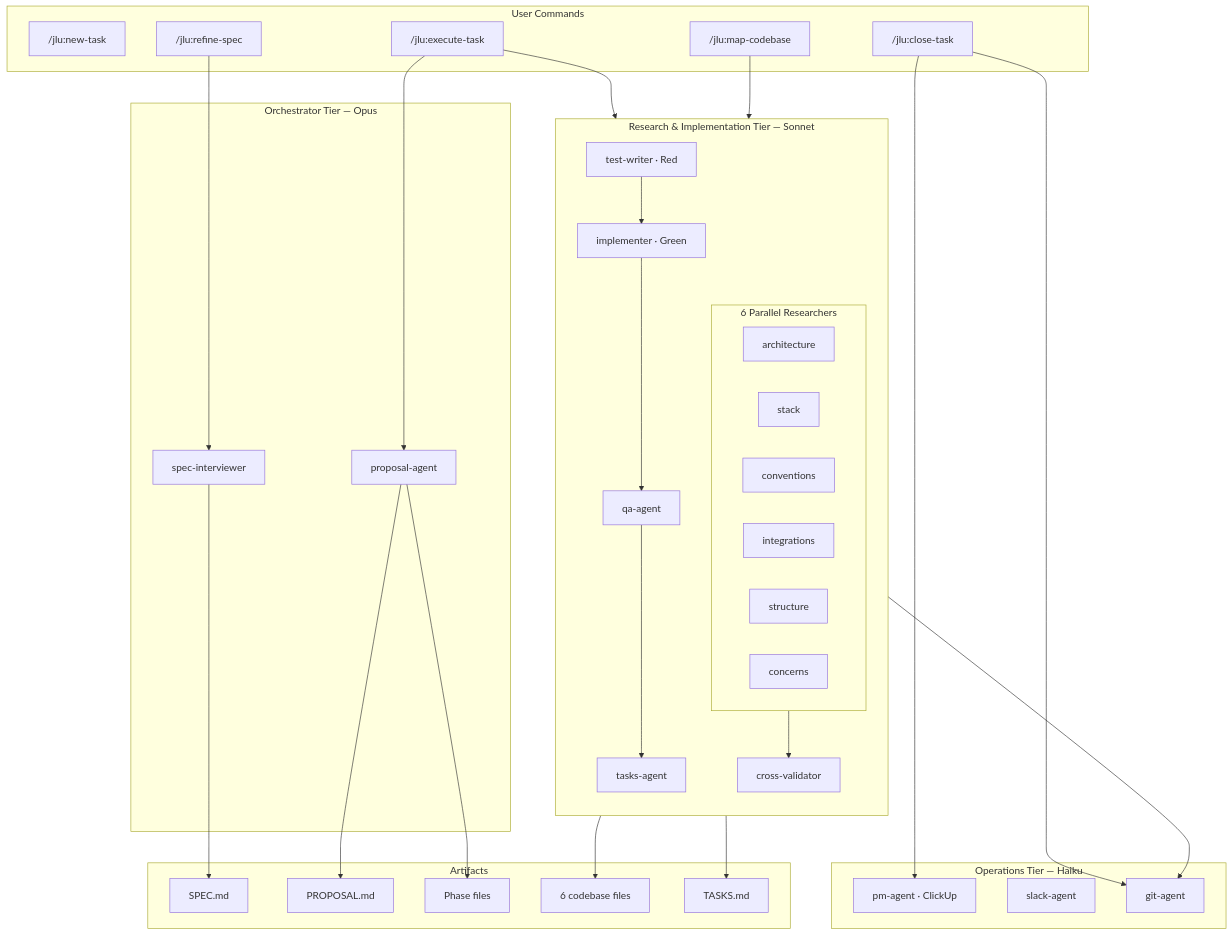
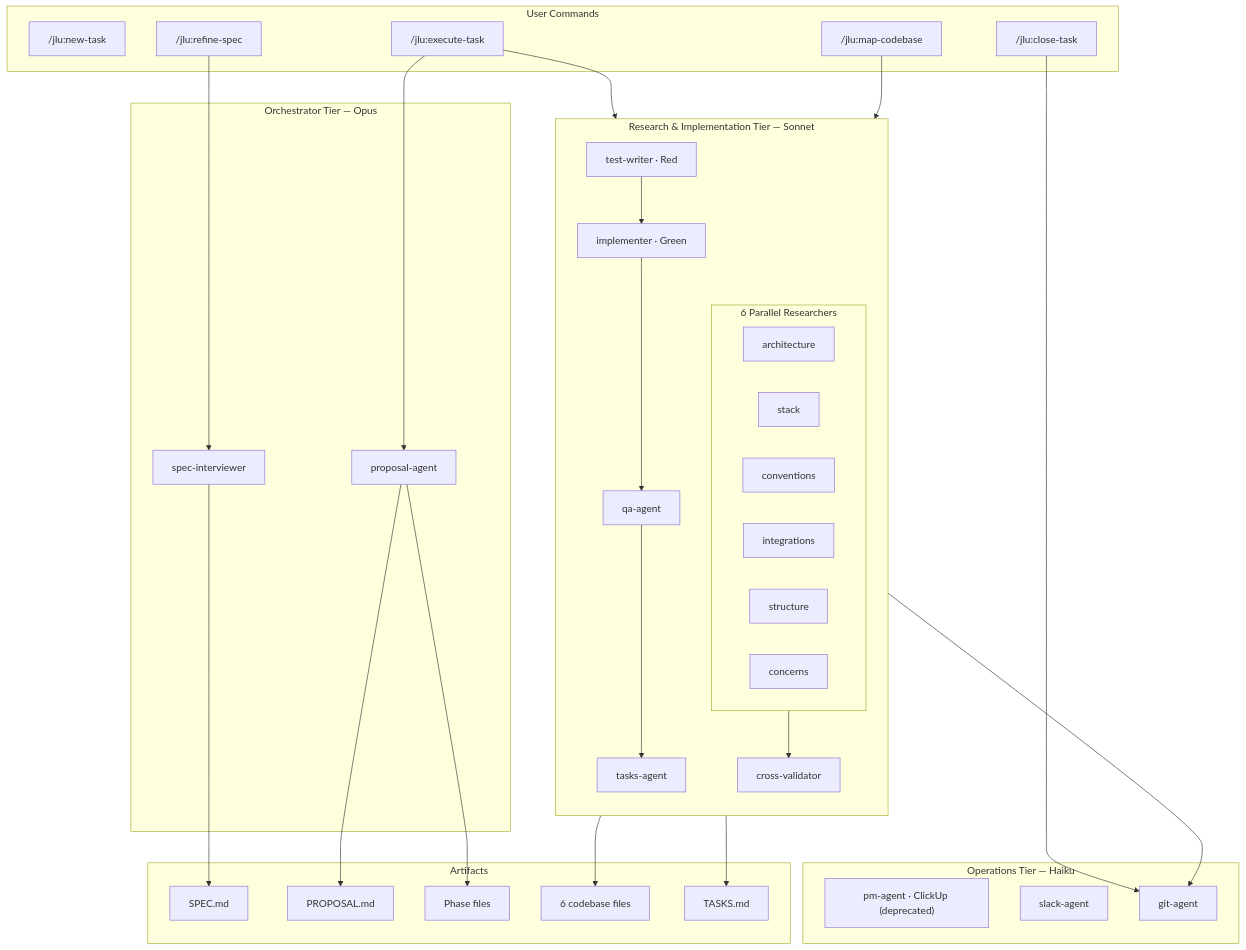
Before and after one commit to cristian-pisco/jelou-spec-plugin: the second of 2 diagrams in README.md, drawn with Mermaid. The commit also changed other lines of this file and 21 other files, not shown here.

````diff
--- a/README.md
+++ b/README.md
@@ -196,55 +191,55 @@
 ```mermaid
 flowchart TB
     subgraph commands["User Commands"]
         new["/jlu:new-task"]
         map["/jlu:map-codebase"]
         refine["/jlu:refine-spec"]
         exec["/jlu:execute-task"]
         close["/jlu:close-task"]
     end
 
     subgraph opus["Orchestrator Tier — Opus"]
         spec_int["spec-interviewer"]
         proposal["proposal-agent"]
     end
 
     subgraph sonnet["Research & Implementation Tier — Sonnet"]
         direction TB
         subgraph researchers["6 Parallel Researchers"]
             arch["architecture"]
             stack["stack"]
             conv["conventions"]
             integ["integrations"]
             struct["structure"]
             concerns["concerns"]
         end
         cross["cross-validator"]
         tw["test-writer · Red"]
         impl["implementer · Green"]
         qa["qa-agent"]
         tasks_ag["tasks-agent"]
     end
 
     subgraph haiku["Operations Tier — Haiku"]
-        pm["pm-agent · ClickUp"]
+        pm["pm-agent · ClickUp (deprecated)"]
         slack["slack-agent"]
         git["git-agent"]
     end
 
     subgraph artifacts["Artifacts"]
         spec_file["SPEC.md"]
         prop_file["PROPOSAL.md"]
         phase_files["Phase files"]
         codebase["6 codebase files"]
         tasks_file["TASKS.md"]
     end
 
     map --> researchers
     researchers --> cross --> codebase
     refine --> spec_int --> spec_file
     exec --> proposal --> prop_file & phase_files
     exec --> tw --> impl --> qa
     qa --> tasks_ag --> tasks_file
     qa --> git
-    close --> pm & git
+    close --> git
 ```
````
